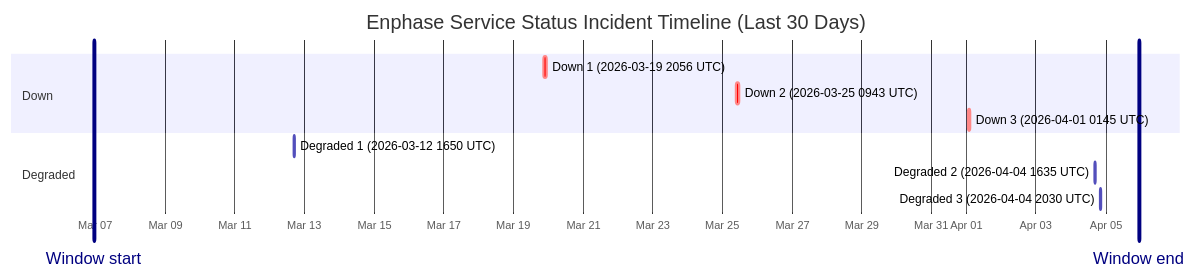
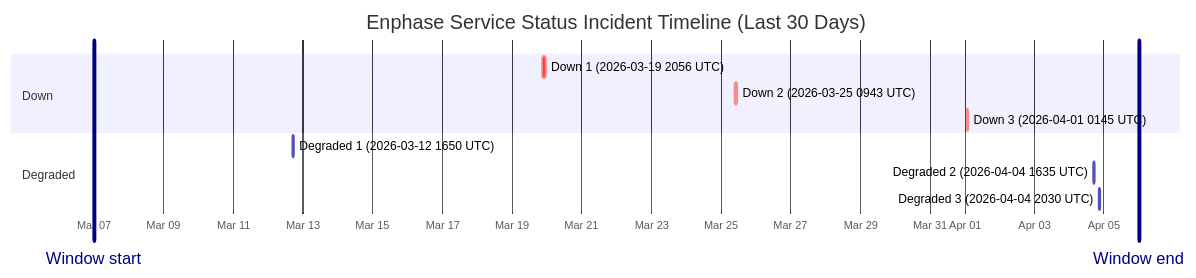
The diagram in wiki/Service-Status-History.md (barneyonline/ha-enphase-ev-charger), drawn with Mermaid before and after one commit. The commit also changed other lines of this file and 3 other files, not shown here.

````diff
--- a/wiki/Service-Status-History.md
+++ b/wiki/Service-Status-History.md
@@ -14,16 +14,16 @@
 ```mermaid
 gantt
     title Enphase Service Status Incident Timeline (Last 30 Days)
     dateFormat  YYYY-MM-DDTHH:mm:ss
     axisFormat  %b %d
-    Window start :vert, window-start, 2026-03-06T23:01:35, 0ms
-    Window end :vert, window-end, 2026-04-05T23:01:35, 0ms
+    Window start :vert, window-start, 2026-03-06T23:57:35, 0ms
+    Window end :vert, window-end, 2026-04-05T23:57:35, 0ms
     section Down
     Down 1 (2026-03-19 2056 UTC) :crit, down-1, 2026-03-19T20:56:20, 145m
     Down 2 (2026-03-25 0943 UTC) :crit, down-2, 2026-03-25T09:43:28, 111m
     Down 3 (2026-04-01 0145 UTC) :crit, down-3, 2026-04-01T01:45:09, 60m
     section Degraded
     Degraded 1 (2026-03-12 1650 UTC) :active, degraded-1, 2026-03-12T16:50:43, 60m
     Degraded 2 (2026-04-04 1635 UTC) :active, degraded-2, 2026-04-04T16:35:17, 60m
     Degraded 3 (2026-04-04 2030 UTC) :active, degraded-3, 2026-04-04T20:30:40, 60m
 ```
````
